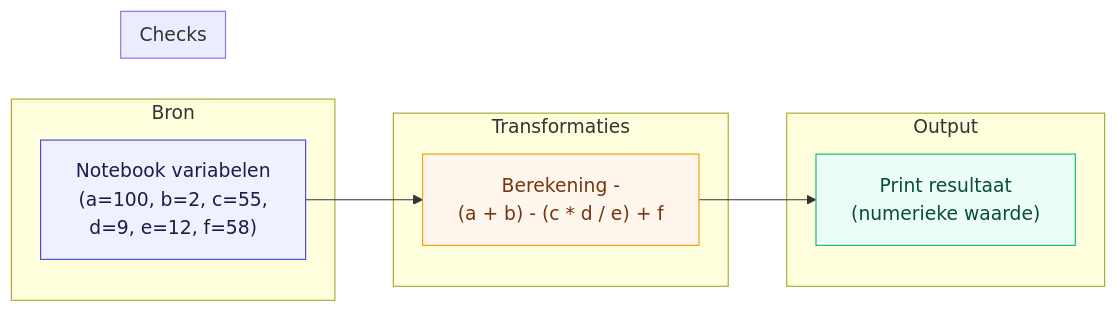
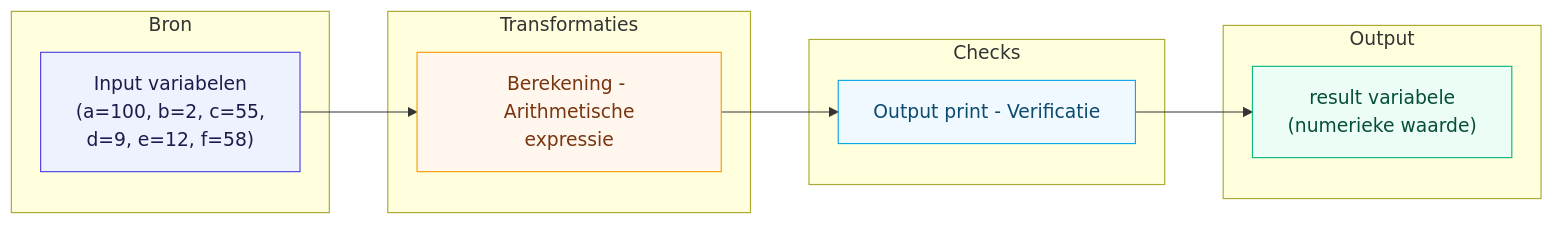
Before and after one commit to Stefan-Meeuwessen/doxcer: the diagram in docs/newly-documented/example.md, drawn with Mermaid. The commit also changed other lines of this file and 22 other files, not shown here.

````diff
--- a/docs/newly-documented/example.md
+++ b/docs/newly-documented/example.md
@@ -15,31 +15,40 @@
 ```Mermaid
 flowchart LR
 
   %% ===== Styles =====
   classDef src fill:#EEF2FF,stroke:#4F46E5,color:#1E1B4B;
   classDef tf fill:#FFF7ED,stroke:#F59E0B,color:#78350F;
   classDef dq fill:#F0F9FF,stroke:#0EA5E9,color:#0C4A6E;
   classDef sink fill:#ECFDF5,stroke:#10B981,color:#064E3B;
 
   %% ===== Bron =====
   subgraph S[Bron]
-    S1["Notebook variabelen<br/>(a=100, b=2, c=55,<br/>d=9, e=12, f=58)"]:::src
+
+    S1["Input variabelen<br/>(a=100, b=2, c=55,<br/>d=9, e=12, f=58)"]:::src
+
   end
 
   %% ===== Transformaties =====
   subgraph T[Transformaties]
-    T1["Berekening -<br/>(a + b) - (c * d / e) + f"]:::tf
+
+    T1["Berekening - Arithmetische<br/>expressie"]:::tf
+
   end
 
   %% ===== Checks (optioneel) =====
   subgraph Q[Checks]
+
+    Q1["Output print - Verificatie"]:::dq
+
   end
 
   %% ===== Output =====
   subgraph O[Output]
-    O1["Print resultaat<br/>(numerieke waarde)"]:::sink
+
+    O1["result variabele<br/>(numerieke waarde)"]:::sink
+
   end
 
   %% ===== Flow =====
-  S1 --> T1 --> O1
+  S1 --> T1 --> Q1 --> O1
 ```
````
